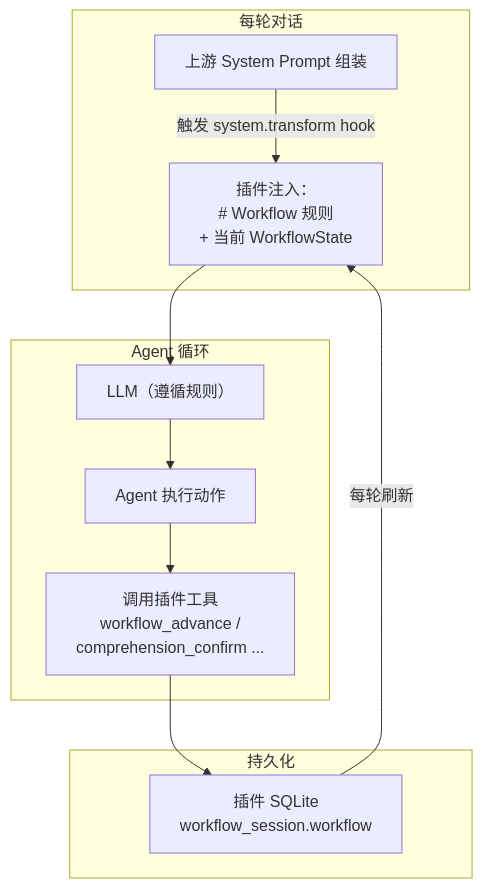
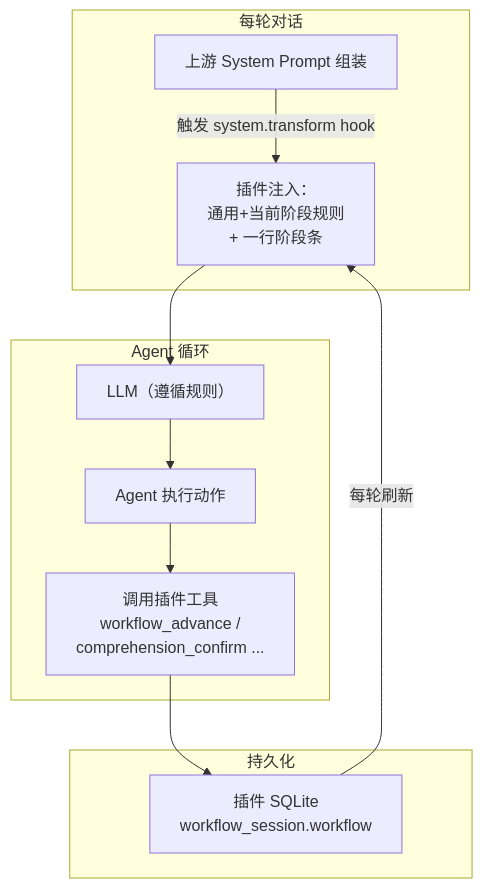
Before and after one commit to wonglaitung/opencode: diagram 15 of 16 in opencode-session-mgmt/docs/session-management.md, drawn with Mermaid. The commit also changed other lines of this file and 6 other files, not shown here.

````diff
--- a/opencode-session-mgmt/docs/session-management.md
+++ b/opencode-session-mgmt/docs/session-management.md
@@ -1172,23 +1182,23 @@
 ```mermaid
 flowchart TD
     subgraph Turn["每轮对话"]
         SP["上游 System Prompt 组装"]
-        SP -->|"触发 system.transform hook"| RULES["插件注入：<br/># Workflow 规则<br/>+ 当前 WorkflowState"]
+        SP -->|"触发 system.transform hook"| RULES["插件注入：<br/>通用+当前阶段规则<br/>+ 一行阶段条"]
     end
 
     subgraph Agent["Agent 循环"]
         LLM["LLM（遵循规则）"]
         ACTION["Agent 执行动作"]
         WRITE["调用插件工具<br/>workflow_advance /<br/>comprehension_confirm ..."]
     end
 
     subgraph Storage["持久化"]
         DB["插件 SQLite<br/>workflow_session.workflow"]
     end
 
     RULES --> LLM
     LLM --> ACTION
     ACTION --> WRITE
     WRITE --> DB
     DB -->|"每轮刷新"| RULES
 ```
````
